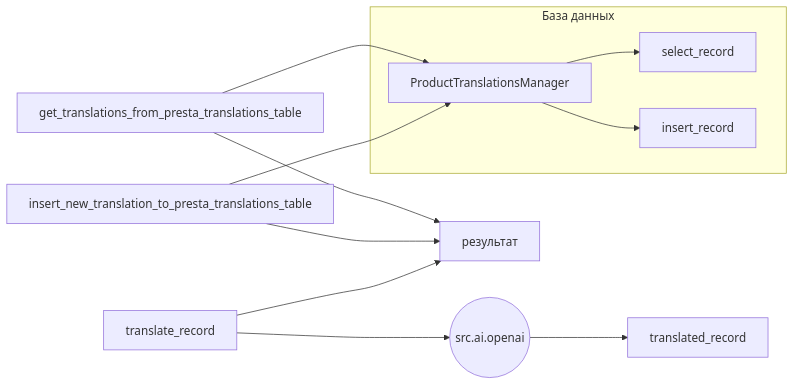
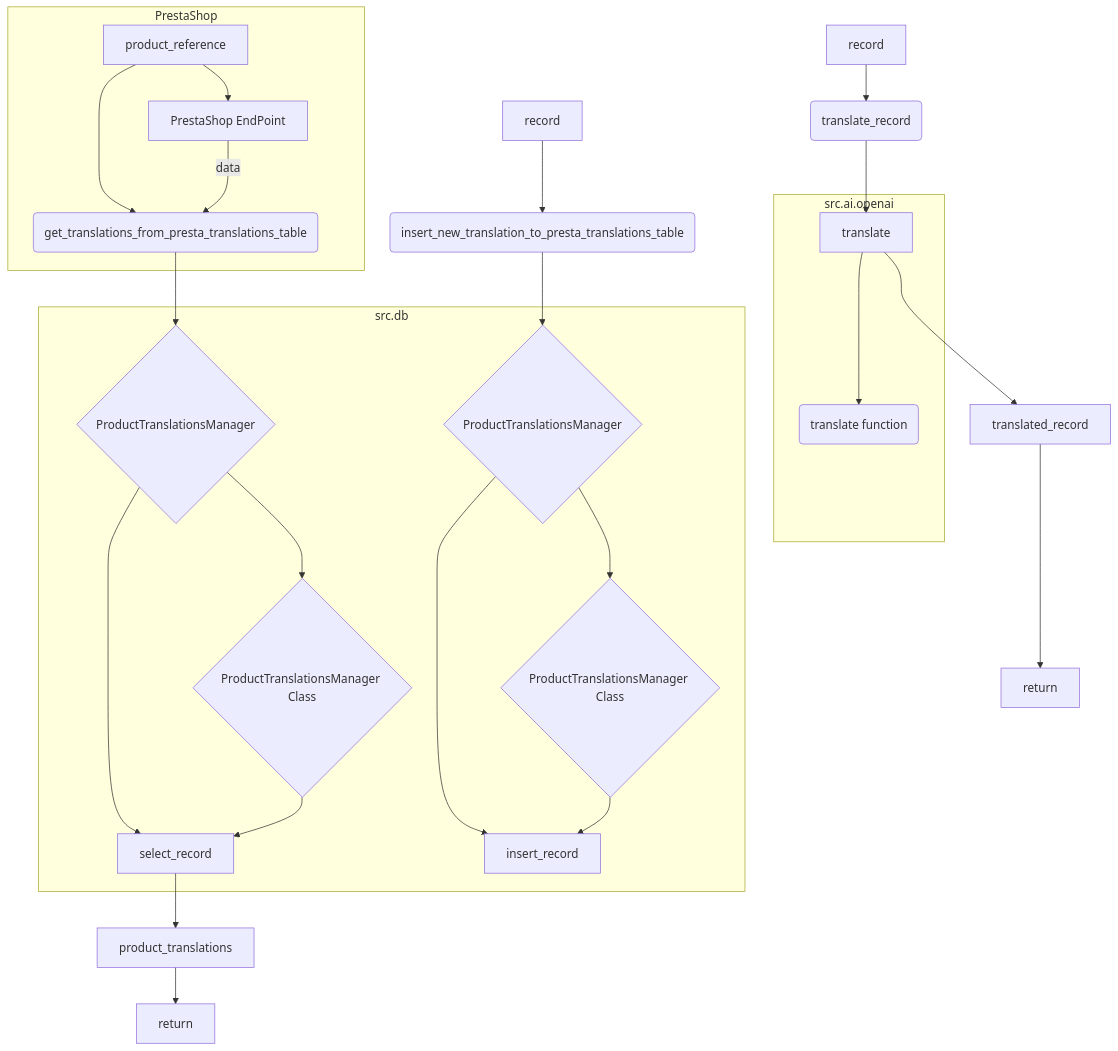
The diagram in docs/gemini/ru/explainer/src/translators/product_translator.md (hypo69/hypo), drawn with Mermaid before and after one commit. The commit also changed other lines of this file and 877 other files, not shown here.

````diff
--- a/docs/gemini/ru/explainer/src/translators/product_translator.md
+++ b/docs/gemini/ru/explainer/src/translators/product_translator.md
@@ -125,14 +141,31 @@
 ```mermaid
-graph LR
-    subgraph База данных
-        ProductTranslationsManager --> select_record
-        ProductTranslationsManager --> insert_record
+graph TD
+    A[product_reference] --> B(get_translations_from_presta_translations_table);
+    B --> C{ProductTranslationsManager};
+    C --> D[select_record];
+    D --> E[product_translations];
+    E --> F[return];
+    G[record] --> H(insert_new_translation_to_presta_translations_table);
+    H --> I{ProductTranslationsManager};
+    I --> J[insert_record];
+    K[record] --> L(translate_record);
+    L --> M[translate];
+    M --> N[translated_record];
+    N --> O[return];
+
+    subgraph "src.ai.openai"
+        M --> P(translate function);
     end
-    A[get_translations_from_presta_translations_table] --> ProductTranslationsManager;
-    B[insert_new_translation_to_presta_translations_table] --> ProductTranslationsManager;
-    C[translate_record] --> translate((src.ai.openai));
-    A --> результат;
-    B --> результат;
-    C --> результат;
-    translate --> translated_record;
+
+    subgraph "src.db"
+        C --> Q{ProductTranslationsManager Class};
+        Q --> D;
+        I --> R{ProductTranslationsManager Class};
+        R --> J;
+    end
+
+    subgraph "PrestaShop"
+        A --> S[PrestaShop EndPoint];
+        S -- data --> B;
+    end
 ```
````
